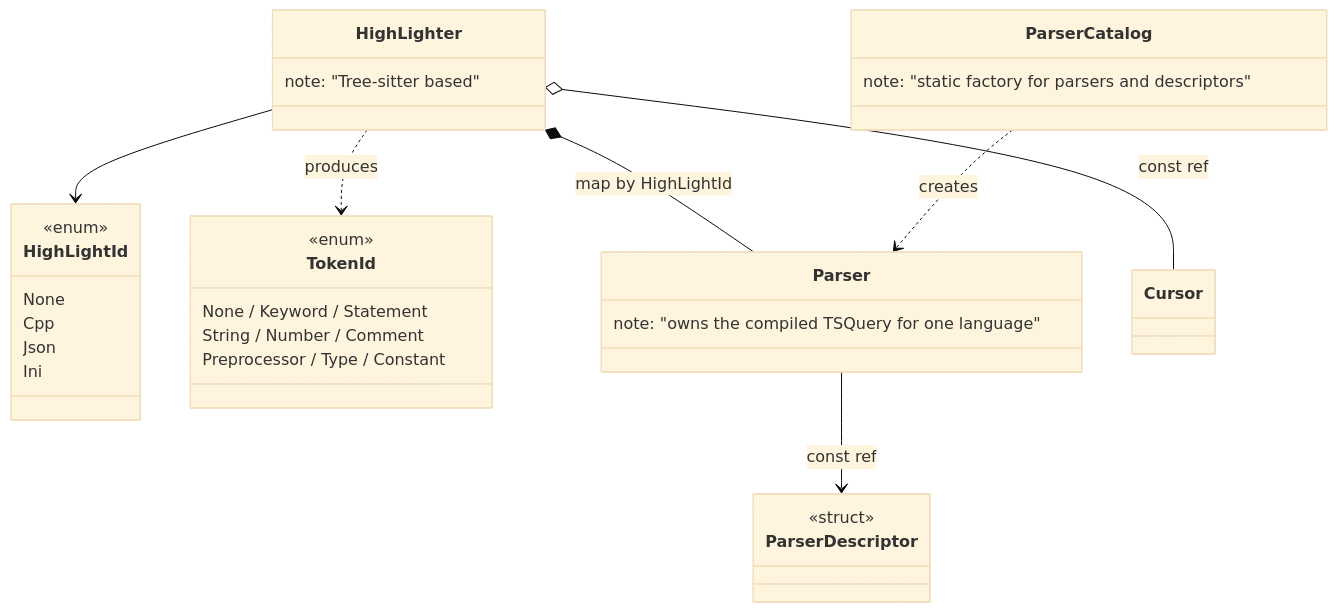
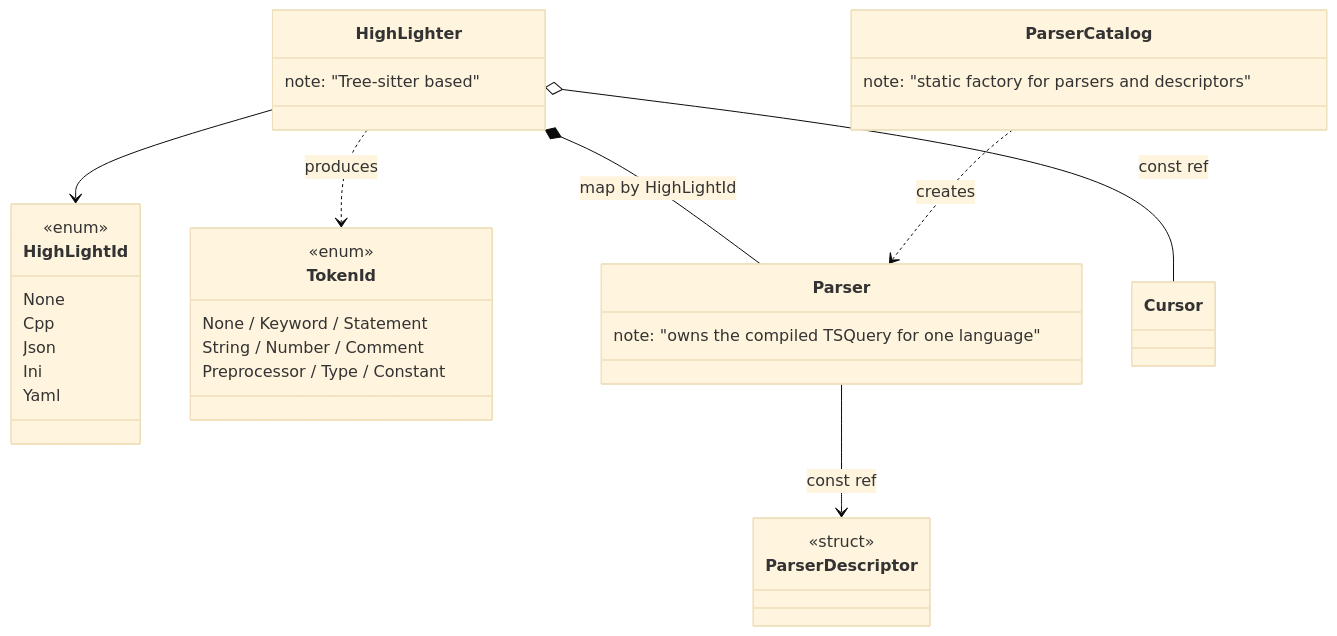
One commit to notnotme/bbloc changed the fifth of 10 diagrams in docs/class_diagram.md. Above: the diagram before and after it, drawn with Mermaid (base theme). The commit also changed 3 other files, not shown here.

````diff
--- a/docs/class_diagram.md
+++ b/docs/class_diagram.md
@@ -133,36 +133,37 @@
 ```mermaid
 classDiagram
     class HighLighter {
         note: "Tree-sitter based"
     }
     class HighLightId {
         <<enum>>
         None
         Cpp
         Json
         Ini
+        Yaml
     }
     class TokenId {
         <<enum>>
         None / Keyword / Statement
         String / Number / Comment
         Preprocessor / Type / Constant
     }
     class Parser {
         note: "owns the compiled TSQuery for one language"
     }
     class ParserDescriptor {
         <<struct>>
     }
     class ParserCatalog {
         note: "static factory for parsers and descriptors"
     }
     class Cursor
 
     HighLighter o-- Cursor : const ref
     HighLighter *-- Parser : map by HighLightId
     Parser --> ParserDescriptor : const ref
     ParserCatalog ..> Parser : creates
     HighLighter --> HighLightId
     HighLighter ..> TokenId : produces
 ```
````
